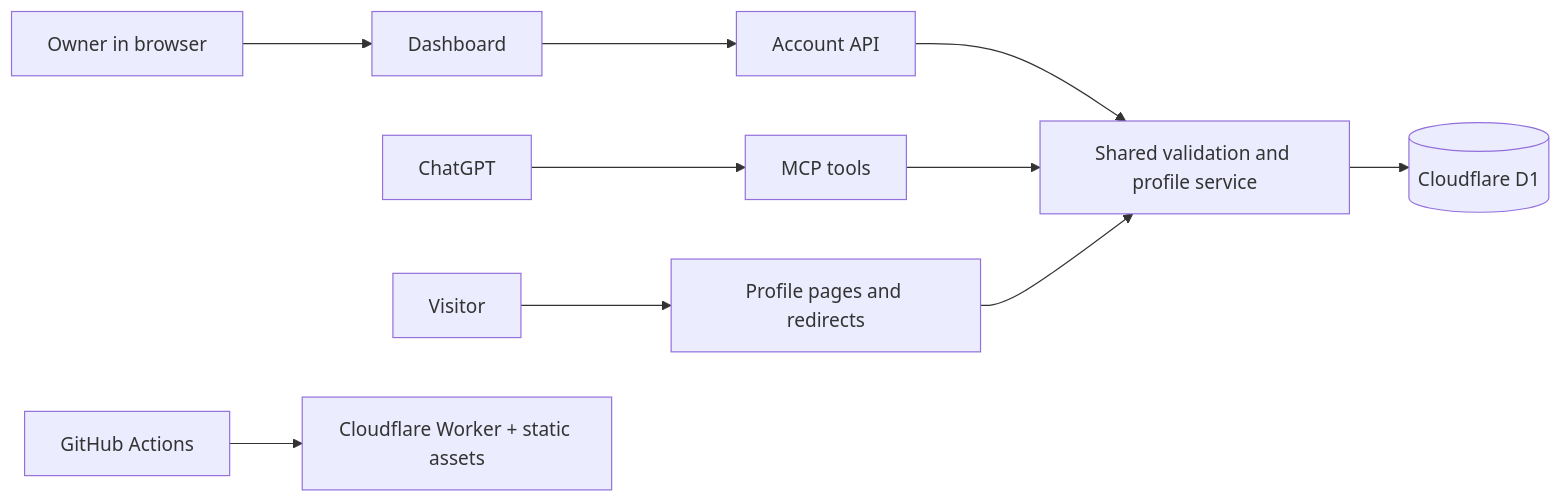
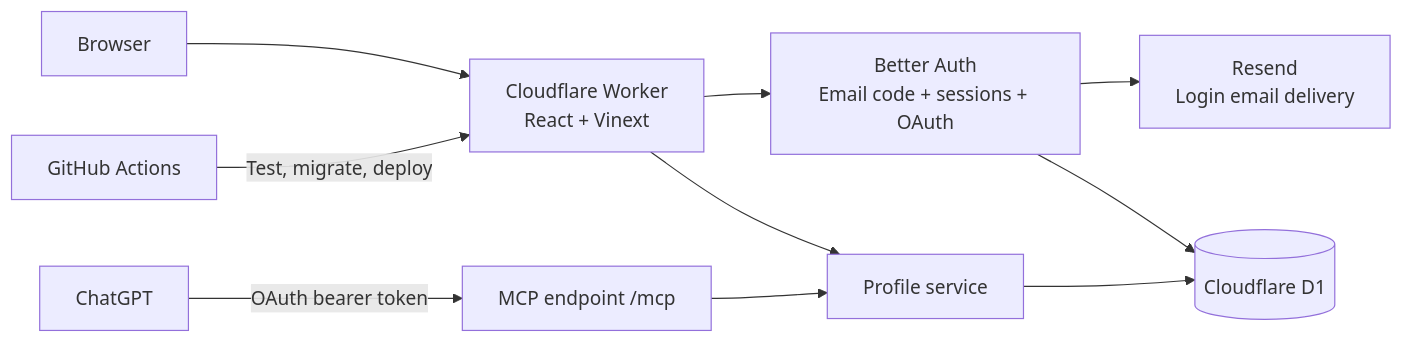
The diagram in docs/architecture.md (wyaapp/app), drawn with Mermaid before and after one commit. The commit also changed other lines of this file and 39 other files, not shown here.

Commit message:
Add email-code sign-in and OAuth account linking

````diff
--- a/docs/architecture.md
+++ b/docs/architecture.md
@@ -5,12 +5,12 @@
 ```mermaid
 flowchart LR
-  Visitor[Visitor] --> Public[Profile pages and redirects]
-  Owner[Owner in browser] --> Dashboard[Dashboard]
-  ChatGPT[ChatGPT] --> MCP[MCP tools]
-  Dashboard --> API[Account API]
-  API --> Service[Shared validation and profile service]
-  MCP --> Service
-  Public --> Service
-  Service --> D1[(Cloudflare D1)]
-  GitHub[GitHub Actions] --> Worker[Cloudflare Worker + static assets]
+  Browser[Browser] --> Worker[Cloudflare Worker\nReact + Vinext]
+  Worker --> Auth[Better Auth\nEmail code + sessions + OAuth]
+  Auth --> Resend[Resend\nLogin email delivery]
+  Auth --> D1[(Cloudflare D1)]
+  ChatGPT[ChatGPT] -->|OAuth bearer token| MCP[MCP endpoint /mcp]
+  MCP --> Service[Profile service]
+  Worker --> Service
+  Service --> D1
+  GitHub[GitHub Actions] -->|Test, migrate, deploy| Worker
 ```
````
